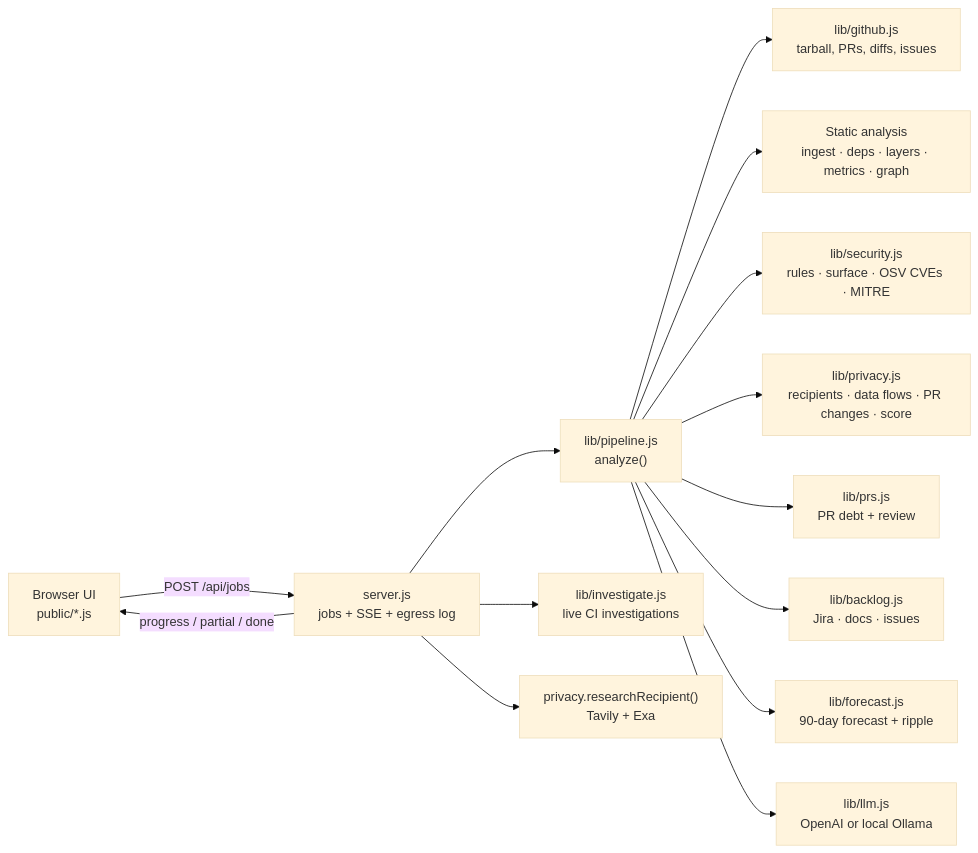
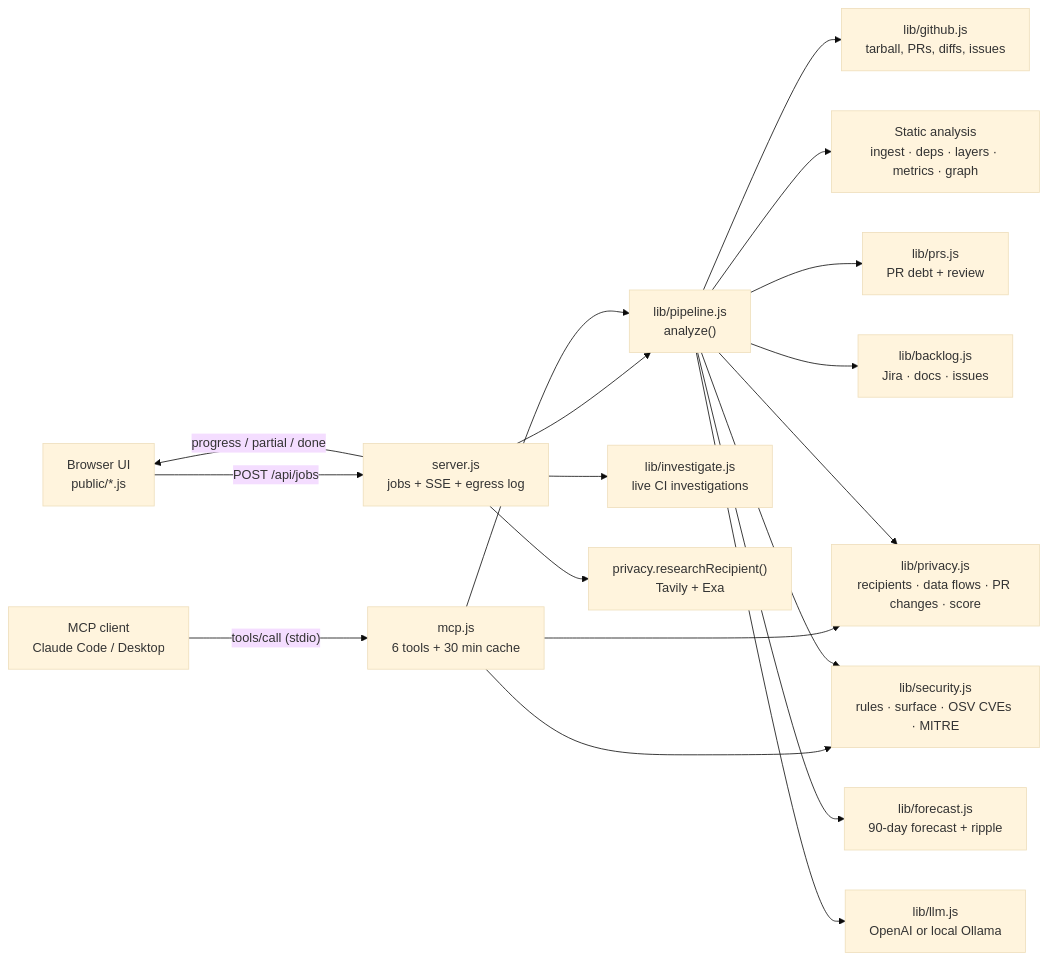
The first of 2 diagrams in ARCHITECTURE.md (shivamsinghlive/narc_reboot), drawn with Mermaid (base theme) before and after one commit. The commit also changed other lines of this file, not shown here.

Commit message:
Document the MCP server in ARCHITECTURE.md

````diff
--- a/ARCHITECTURE.md
+++ b/ARCHITECTURE.md
@@ -5,16 +5,20 @@
 ```mermaid
 flowchart LR
   UI["Browser UI<br/>public/*.js"] -- "POST /api/jobs" --> S["server.js<br/>jobs + SSE + egress log"]
   S -- "progress / partial / done" --> UI
   S --> P["lib/pipeline.js<br/>analyze()"]
+  AG["MCP client<br/>Claude Code / Desktop"] -- "tools/call (stdio)" --> MCP["mcp.js<br/>6 tools + 30 min cache"]
+  MCP --> P
+  MCP --> PRV
+  MCP --> SEC
   P --> GH["lib/github.js<br/>tarball, PRs, diffs, issues"]
   P --> ST["Static analysis<br/>ingest · deps · layers · metrics · graph"]
   P --> SEC["lib/security.js<br/>rules · surface · OSV CVEs · MITRE"]
   P --> PRV["lib/privacy.js<br/>recipients · data flows · PR changes · score"]
   P --> PR["lib/prs.js<br/>PR debt + review"]
   P --> BL["lib/backlog.js<br/>Jira · docs · issues"]
   P --> FC["lib/forecast.js<br/>90-day forecast + ripple"]
   P --> AI["lib/llm.js<br/>OpenAI or local Ollama"]
   S --> INV["lib/investigate.js<br/>live CI investigations"]
   S --> RES["privacy.researchRecipient()<br/>Tavily + Exa"]
 ```
````
